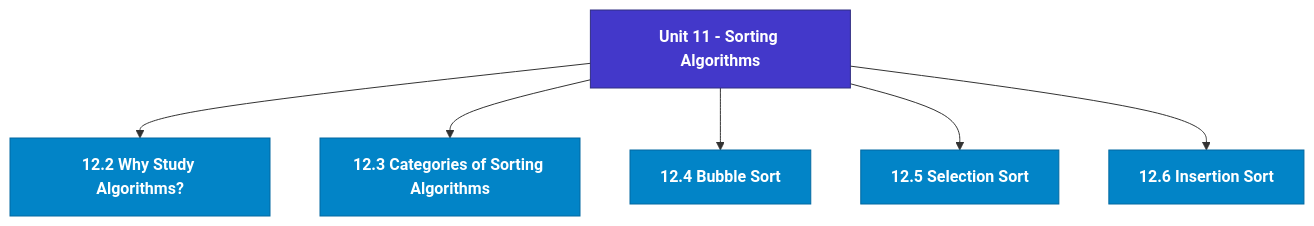
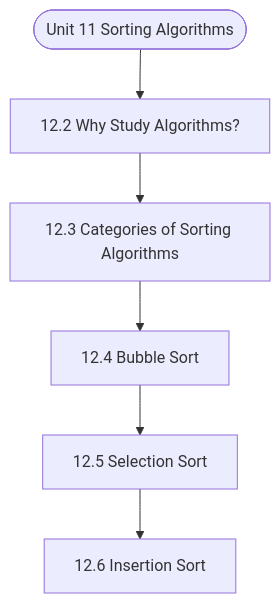
One commit to Asutosh-Coaching/mscdsa changed the diagram in notes/Semester_1/MCS-063_Data_Structures_using_Python/unit_11_Sorting_Algorithms.md. Above: the diagram before and after it, drawn with Mermaid. The commit also changed other lines of this file and 115 other files, not shown here.

Commit message:
Fix Mermaid layout for mobile, isolate LaTeX delimiters, and add GitHub Pages reader

````diff
--- a/notes/Semester_1/MCS-063_Data_Structures_using_Python/unit_11_Sorting_Algorithms.md
+++ b/notes/Semester_1/MCS-063_Data_Structures_using_Python/unit_11_Sorting_Algorithms.md
@@ -19,19 +19,14 @@
 ```mermaid
 flowchart TD
-  %% Styling Definitions
-  classDef head fill:#4338ca,stroke:#312e81,color:#ffffff,font-weight:bold;
-  classDef topic fill:#0284c7,stroke:#0369a1,color:#ffffff,font-weight:600;
-  classDef sub fill:#1e293b,stroke:#475569,color:#f8fafc;
-
-  Root["Unit 11 - Sorting Algorithms"]:::head
-  M1["12.2 Why Study Algorithms?"]:::topic
-  Root --> M1
-  M2["12.3 Categories of Sorting Algorithms"]:::topic
-  Root --> M2
-  M3["12.4 Bubble Sort"]:::topic
-  Root --> M3
-  M4["12.5 Selection Sort"]:::topic
-  Root --> M4
-  M5["12.6 Insertion Sort"]:::topic
-  Root --> M5
+  Start(["Unit 11 Sorting Algorithms"])
+  N1["12.2 Why Study Algorithms?"]
+  N2["12.3 Categories of Sorting Algorithms"]
+  N3["12.4 Bubble Sort"]
+  N4["12.5 Selection Sort"]
+  N5["12.6 Insertion Sort"]
+  Start --> N1
+  N1 --> N2
+  N2 --> N3
+  N3 --> N4
+  N4 --> N5
 ```
````
